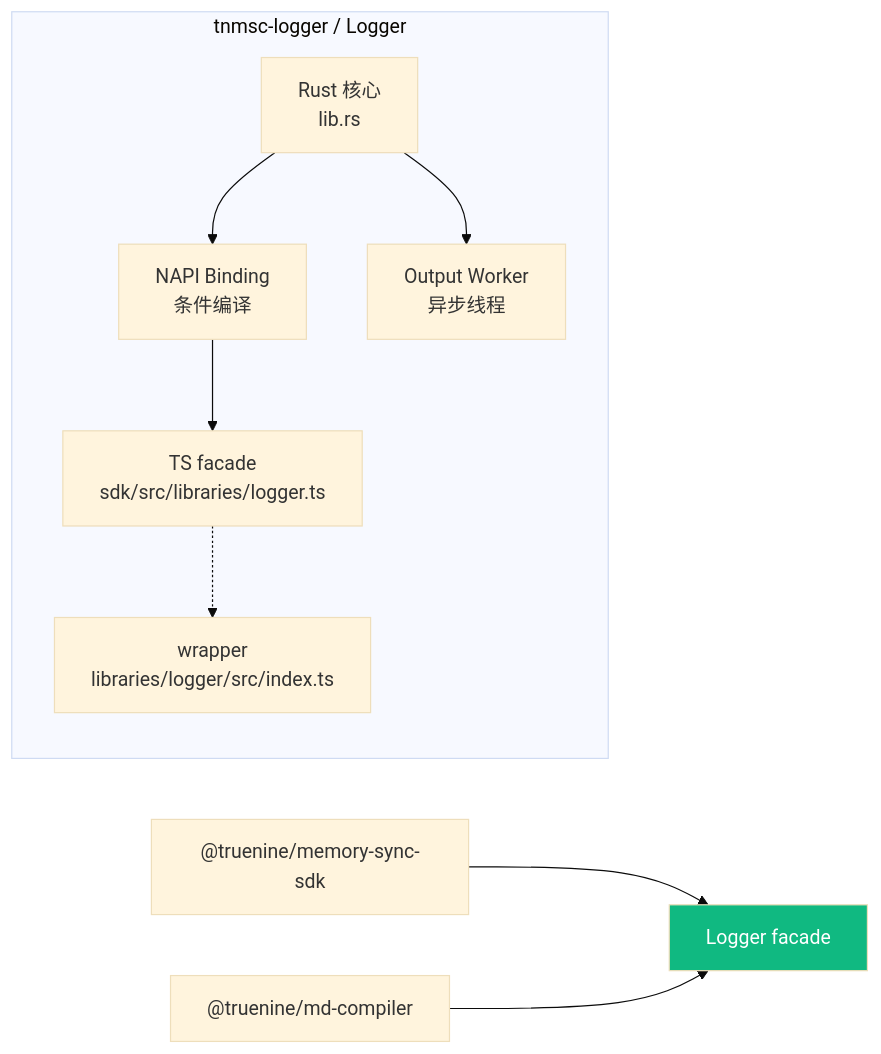
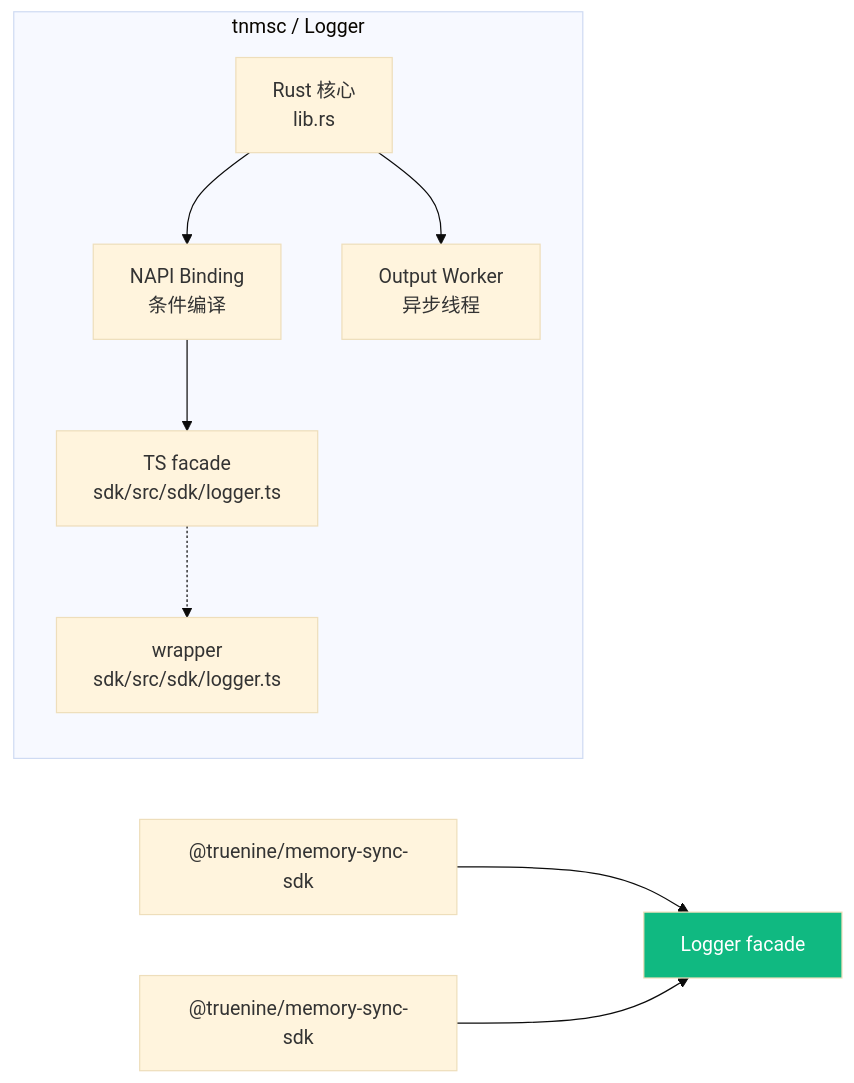
Before and after one commit to TrueNine/memory-sync: the second of 6 diagrams in doc/content/sdk/architecture.mdx, drawn with Mermaid (base theme). The commit also changed other lines of this file and 188 other files, not shown here.

Commit message:
Consolidate workspace libraries into the sdk core

````diff
--- a/doc/content/sdk/architecture.mdx
+++ b/doc/content/sdk/architecture.mdx
@@ -118,20 +118,20 @@
 ```mermaid
 graph LR
     SDK["@truenine/memory-sync-sdk"] --> LOGGER["Logger facade"]
-    MDC["@truenine/md-compiler"] --> LOGGER
+    MDC["@truenine/memory-sync-sdk"] --> LOGGER
 
-    subgraph Logger["tnmsc-logger / Logger"]
+    subgraph Logger["tnmsc / Logger"]
         L_CORE["Rust 核心<br/>lib.rs"]
         L_NAPI["NAPI Binding<br/>条件编译"]
-        L_TS["TS facade<br/>sdk/src/libraries/logger.ts"]
-        L_WRAPPER["wrapper<br/>libraries/logger/src/index.ts"]
+        L_TS["TS facade<br/>sdk/src/sdk/logger.ts"]
+        L_WRAPPER["wrapper<br/>sdk/src/sdk/logger.ts"]
         L_WORKER["Output Worker<br/>异步线程"]
     end
 
     L_CORE --> L_NAPI
     L_NAPI --> L_TS
     L_TS -.-> L_WRAPPER
     L_CORE --> L_WORKER
 
     style LOGGER fill:#10b981,color:#fff
 ```
````
